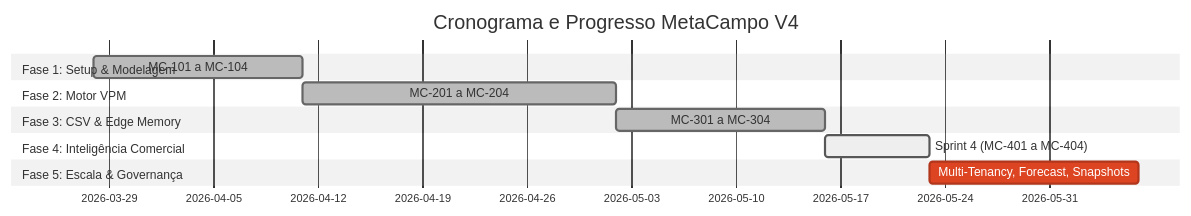
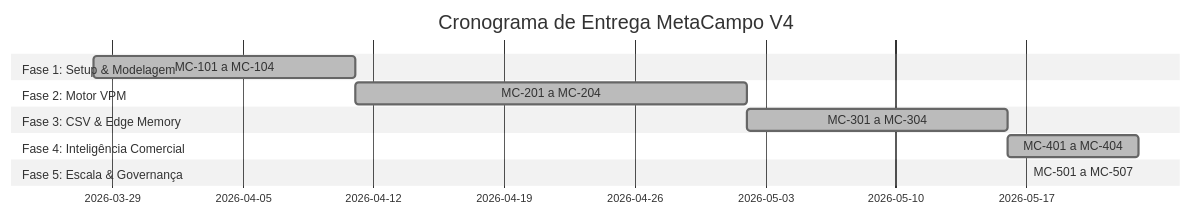
The diagram in docs/status_agile.md (Sagrado-Express/Metacampo), drawn with Mermaid (neutral theme) before and after one commit. The commit also changed other lines of this file and 6 other files, not shown here.

````diff
--- a/docs/status_agile.md
+++ b/docs/status_agile.md
@@ -40,15 +44,15 @@
 ```mermaid
 gantt
-    title Cronograma e Progresso MetaCampo V4
+    title Cronograma de Entrega MetaCampo V4
     dateFormat  YYYY-MM-DD
     section Fase 1: Setup & Modelagem
     MC-101 a MC-104 :done, des1, 2026-03-28, 2026-04-11
     section Fase 2: Motor VPM
     MC-201 a MC-204 :done, des2, 2026-04-11, 2026-05-02
     section Fase 3: CSV & Edge Memory
     MC-301 a MC-304 :done, des3, 2026-05-02, 2026-05-16
     section Fase 4: Inteligência Comercial
-    Sprint 4 (MC-401 a MC-404) :active, des4, 2026-05-16, 2026-05-23
+    MC-401 a MC-404 :done, des4, 2026-05-16, 2026-05-23
     section Fase 5: Escala & Governança
-    Multi-Tenancy, Forecast, Snapshots :crit, des5, 2026-05-23, 2026-06-06
+    MC-501 a MC-507 :done, des5, 2026-05-23, 2026-05-23
 ```
````
